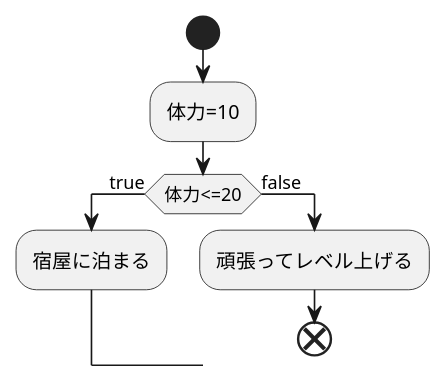
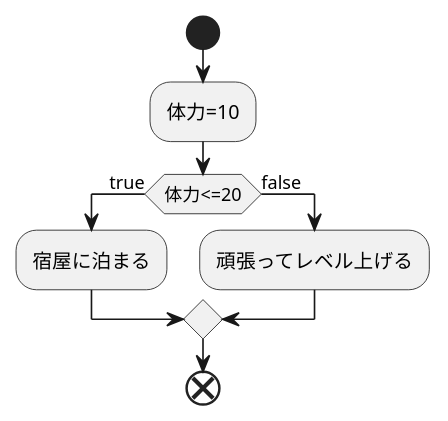
The diagram in kadai4-2.md (Aso2001174/2021sys-design), drawn with PlantUML before and after one commit.

````diff
--- a/kadai4-2.md
+++ b/kadai4-2.md
@@ -1,11 +1,12 @@
 ```uml
 @startuml
 start
 :体力=10;
 if(体力<=20)then(true)
 :宿屋に泊まる;
 else(false)
 :頑張ってレベル上げる;
+endif
 end
 @enduml
 ```
````
